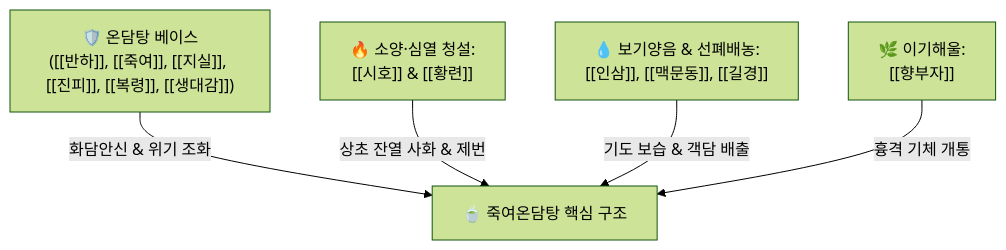
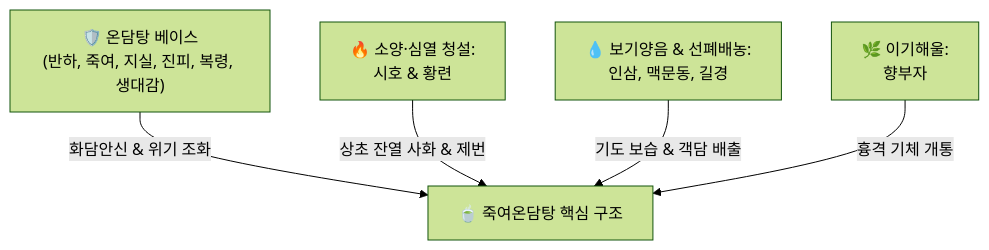
One commit to simbio11/simbio-digital-garden2 changed the diagram in content/2. 약리 공부/처방/04_이기·화해제/죽여온담탕.md. Above: the diagram before and after it, drawn with Mermaid (forest theme). The commit also changed other lines of this file and 122 other files, not shown here.

````diff
--- a/content/2. 약리 공부/처방/04_이기·화해제/죽여온담탕.md
+++ b/content/2. 약리 공부/처방/04_이기·화해제/죽여온담탕.md
@@ -72,7 +74,7 @@
 ```mermaid
 graph TD
-    WDT["🛡️ 온담탕 베이스<br>([[반하]], [[죽여]], [[지실]], [[진피]], [[복령]], [[생대감]])"] -->|화담안신 & 위기 조화| CORE["🍵 죽여온담탕 핵심 구조"]
-    SH["🔥 소양·심열 청설:<br>[[시호]] & [[황련]]"] -->|상초 잔열 사화 & 제번| CORE
-    IM["💧 보기양음 & 선폐배농:<br>[[인삼]], [[맥문동]], [[길경]]"] -->|기도 보습 & 객담 배출| CORE
-    HB["🌿 이기해울:<br>[[향부자]]"] -->|흉격 기체 개통| CORE
+    WDT["🛡️ 온담탕 베이스<br>(반하, 죽여, 지실, 진피, 복령, 생대감)"] -->|화담안신 & 위기 조화| CORE["🍵 죽여온담탕 핵심 구조"]
+    SH["🔥 소양·심열 청설:<br>시호 & 황련"] -->|상초 잔열 사화 & 제번| CORE
+    IM["💧 보기양음 & 선폐배농:<br>인삼, 맥문동, 길경"] -->|기도 보습 & 객담 배출| CORE
+    HB["🌿 이기해울:<br>향부자"] -->|흉격 기체 개통| CORE
 ```
````
